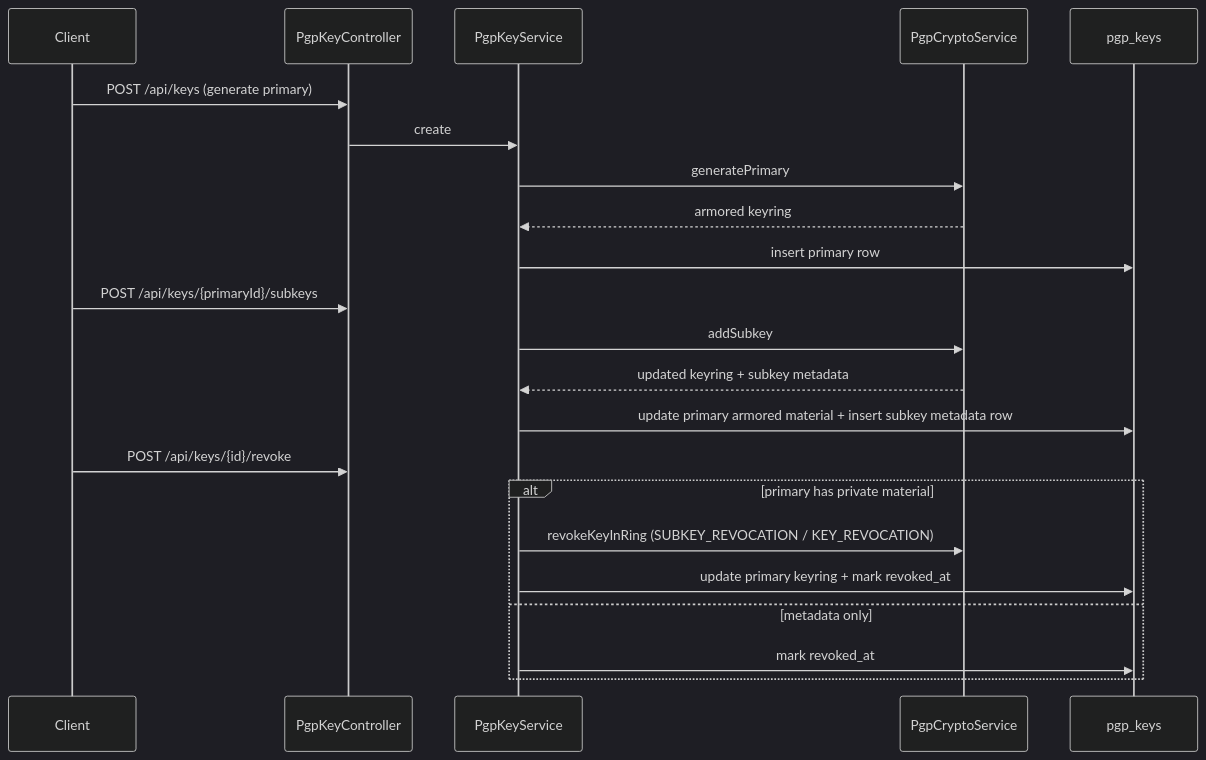
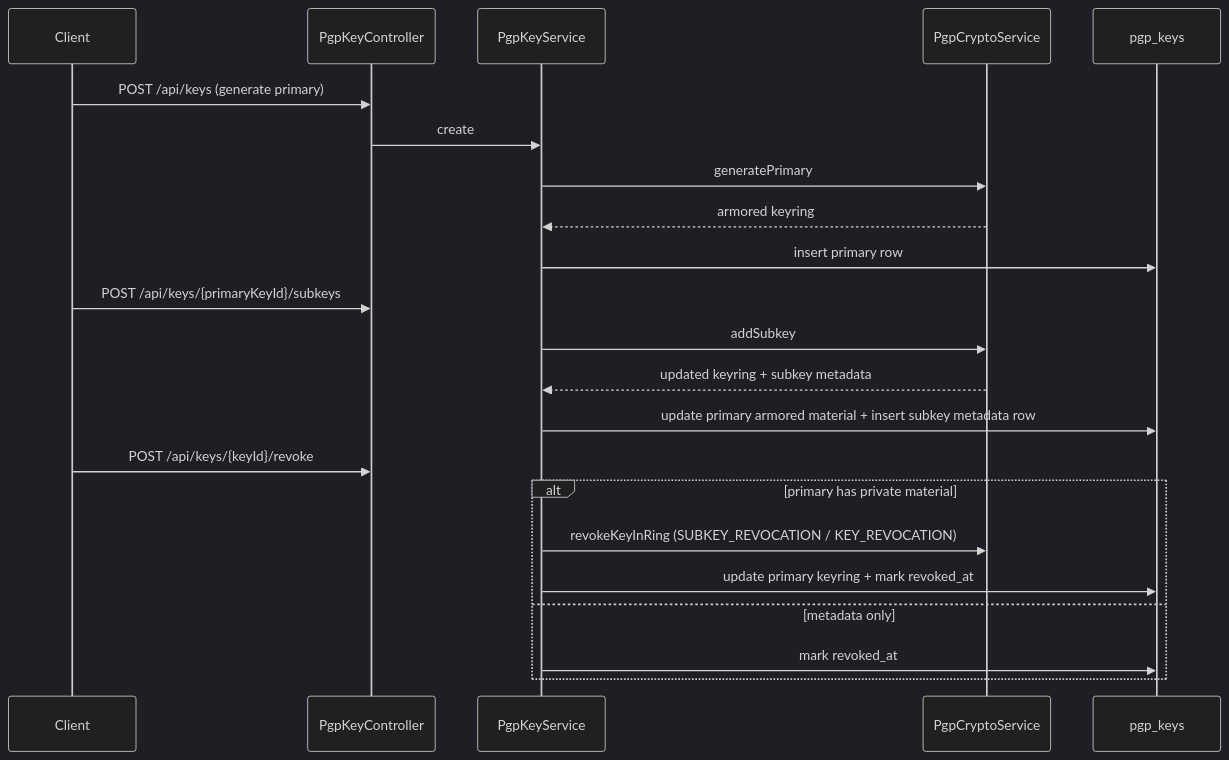
Before and after one commit to bbruneel/PGP-key-manager: the third of 4 diagrams in ARCHITECTURE.md, drawn with Mermaid (dark theme). The commit also changed 3 other files, not shown here.

First line of the commit message:
Align API path parameter names with OpenAPI spec (keyId, primaryKeyId)

````diff
--- a/ARCHITECTURE.md
+++ b/ARCHITECTURE.md
@@ -85,27 +85,27 @@
 ```mermaid
 sequenceDiagram
   participant Client
   participant API as PgpKeyController
   participant Svc as PgpKeyService
   participant Crypto as PgpCryptoService
   participant DB as pgp_keys
 
   Client->>API: POST /api/keys (generate primary)
   API->>Svc: create
   Svc->>Crypto: generatePrimary
   Crypto-->>Svc: armored keyring
   Svc->>DB: insert primary row
 
-  Client->>API: POST /api/keys/{primaryId}/subkeys
+  Client->>API: POST /api/keys/{primaryKeyId}/subkeys
   Svc->>Crypto: addSubkey
   Crypto-->>Svc: updated keyring + subkey metadata
   Svc->>DB: update primary armored material + insert subkey metadata row
 
-  Client->>API: POST /api/keys/{id}/revoke
+  Client->>API: POST /api/keys/{keyId}/revoke
   alt primary has private material
     Svc->>Crypto: revokeKeyInRing (SUBKEY_REVOCATION / KEY_REVOCATION)
     Svc->>DB: update primary keyring + mark revoked_at
   else metadata only
     Svc->>DB: mark revoked_at
   end
 ```
````
